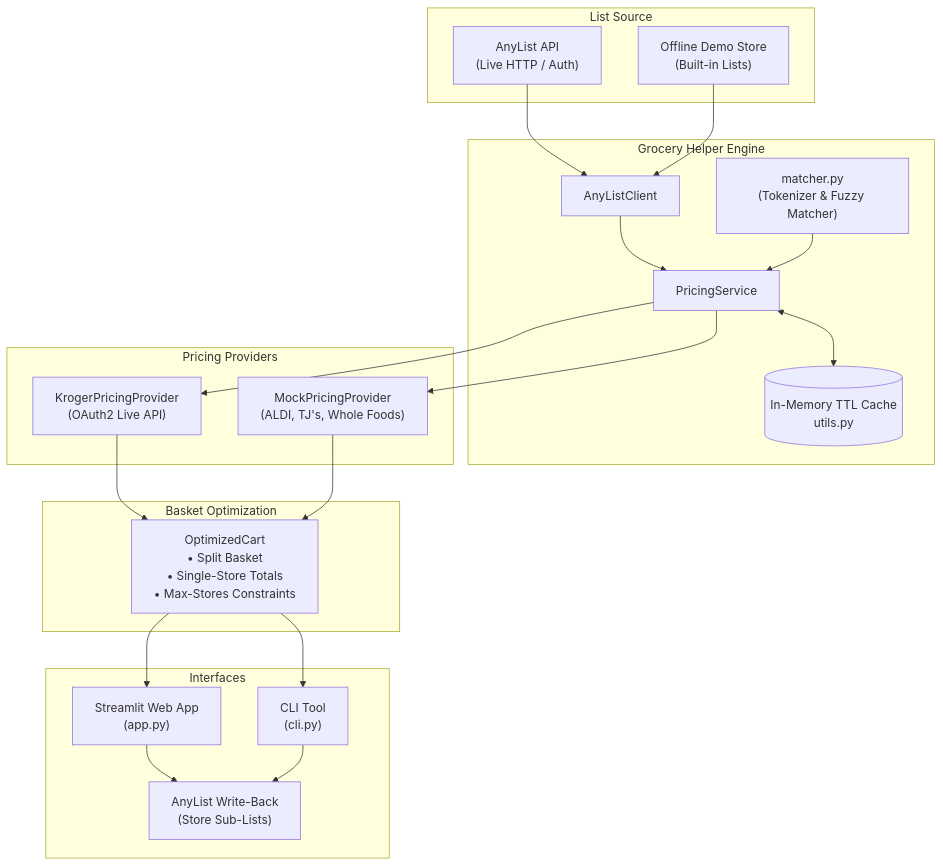
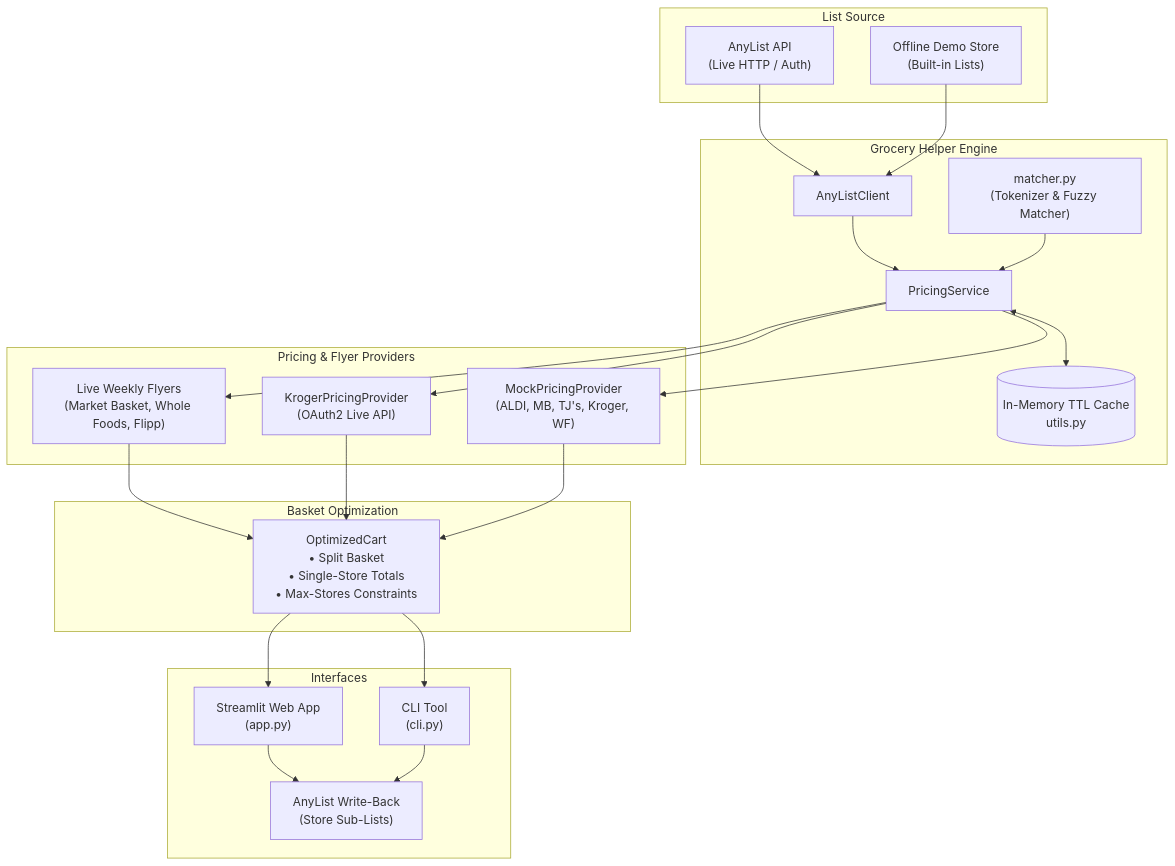
One commit to cdo03c/grocery_helper changed the diagram in README.md. Above: the diagram before and after it, drawn with Mermaid. The commit also changed other lines of this file and 35 other files, not shown here.

````diff
--- a/README.md
+++ b/README.md
@@ -33,43 +37,46 @@
 ```mermaid
 flowchart TD
     subgraph Input["List Source"]
         AL["AnyList API<br/>(Live HTTP / Auth)"]
         DM["Offline Demo Store<br/>(Built-in Lists)"]
     end
 
     subgraph Core["Grocery Helper Engine"]
         AC["AnyListClient"]
         NM["matcher.py<br/>(Tokenizer & Fuzzy Matcher)"]
         PS["PricingService"]
         CACHE[("In-Memory TTL Cache<br/>utils.py")]
     end
 
-    subgraph Providers["Pricing Providers"]
+    subgraph Providers["Pricing & Flyer Providers"]
+        FP["Live Weekly Flyers<br/>(Market Basket, Whole Foods, Flipp)"]
         KP["KrogerPricingProvider<br/>(OAuth2 Live API)"]
-        MP["MockPricingProvider<br/>(ALDI, TJ's, Whole Foods)"]
+        MP["MockPricingProvider<br/>(ALDI, MB, TJ's, Kroger, WF)"]
     end
 
     subgraph Optim["Basket Optimization"]
         OPT["OptimizedCart<br/>• Split Basket<br/>• Single-Store Totals<br/>• Max-Stores Constraints"]
     end
 
     subgraph Output["Interfaces"]
         ST["Streamlit Web App<br/>(app.py)"]
         CLI["CLI Tool<br/>(cli.py)"]
         EXP["AnyList Write-Back<br/>(Store Sub-Lists)"]
     end
 
     AL --> AC
     DM --> AC
     AC --> PS
     NM --> PS
     PS <--> CACHE
+    PS --> FP
     PS --> KP
     PS --> MP
+    FP --> OPT
     KP --> OPT
     MP --> OPT
     OPT --> ST
     OPT --> CLI
     ST --> EXP
     CLI --> EXP
 ```
````
